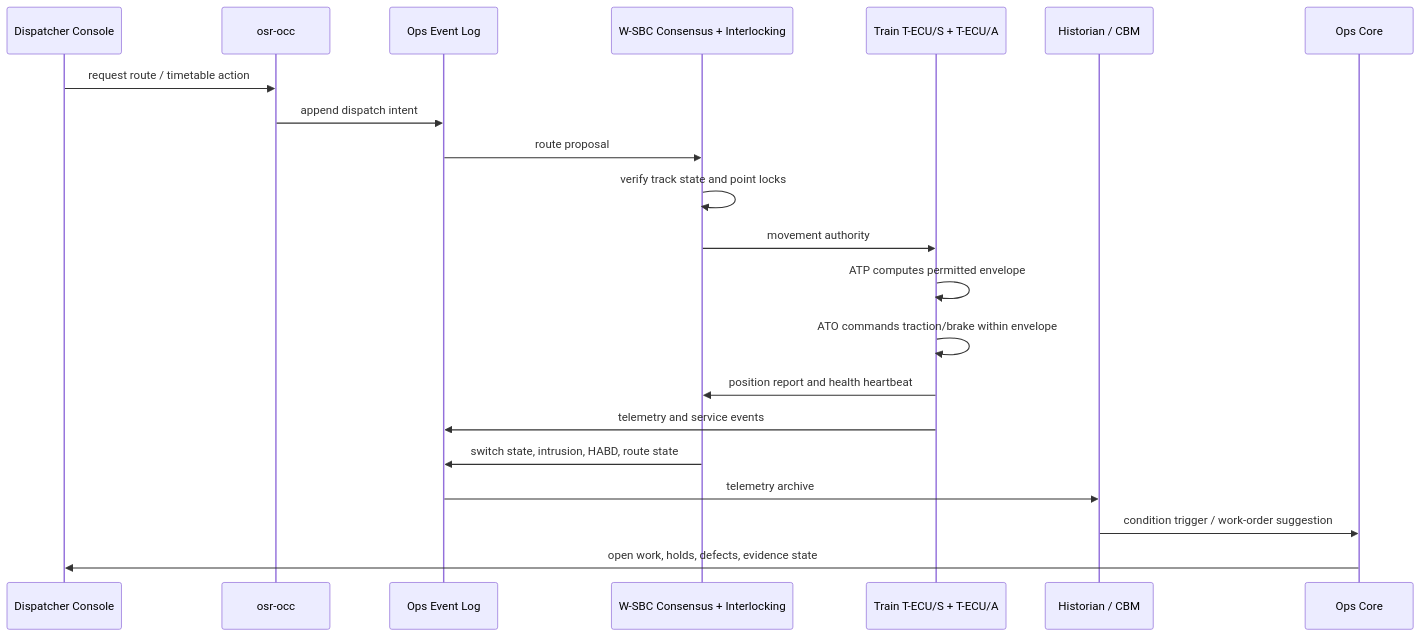
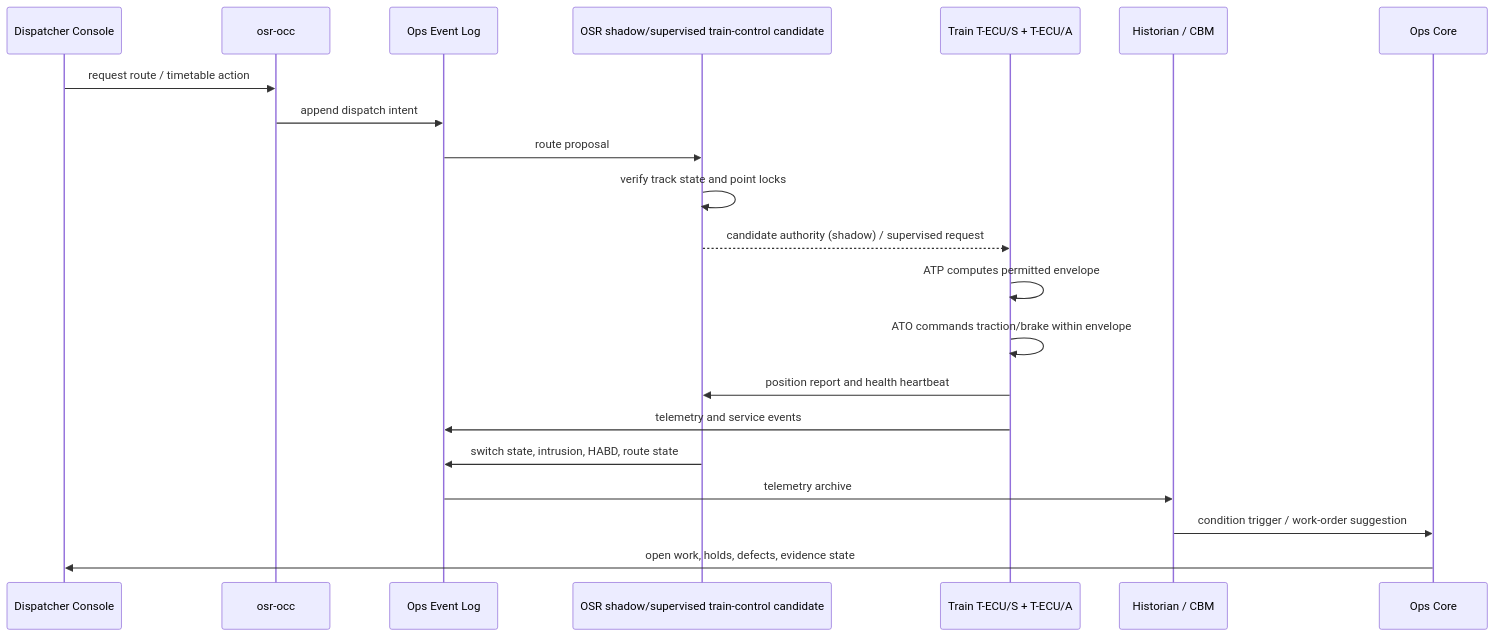
One commit to modernecotech/OpenSourceRail changed the sixth of 9 diagrams in docs/software-architecture-diagrams.md. Above: the diagram before and after it, drawn with Mermaid. The commit also changed 40 other files, not shown here.

````diff
--- a/docs/software-architecture-diagrams.md
+++ b/docs/software-architecture-diagrams.md
@@ -320,24 +320,24 @@
 ```mermaid
 sequenceDiagram
   participant Dispatcher as Dispatcher Console
   participant OCC as osr-occ
   participant Log as Ops Event Log
-  participant W as W-SBC Consensus + Interlocking
+  participant W as OSR shadow/supervised train-control candidate
   participant Train as Train T-ECU/S + T-ECU/A
   participant Hist as Historian / CBM
   participant Core as Ops Core
 
   Dispatcher->>OCC: request route / timetable action
   OCC->>Log: append dispatch intent
   Log->>W: route proposal
   W->>W: verify track state and point locks
-  W->>Train: movement authority
+  W-->>Train: candidate authority (shadow) / supervised request
   Train->>Train: ATP computes permitted envelope
   Train->>Train: ATO commands traction/brake within envelope
   Train->>W: position report and health heartbeat
   Train->>Log: telemetry and service events
   W->>Log: switch state, intrusion, HABD, route state
   Log->>Hist: telemetry archive
   Hist->>Core: condition trigger / work-order suggestion
   Core->>Dispatcher: open work, holds, defects, evidence state
 ```
````
